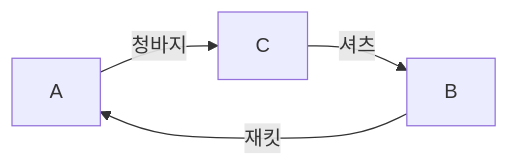
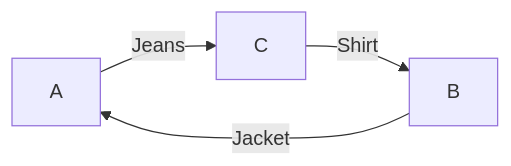
Before and after one commit to joypeb/VintageRelay: the diagram in docs/domain/idea.md, drawn with Mermaid. The commit also changed other lines of this file and 34 other files, not shown here.

````diff
--- a/docs/domain/idea.md
+++ b/docs/domain/idea.md
@@ -28,6 +28,6 @@
 ```mermaid
 flowchart LR
-  A["A"] -->|"청바지"| C["C"]
-  C -->|"셔츠"| B["B"]
-  B -->|"재킷"| A
+  A["A"] -->|"Jeans"| C["C"]
+  C -->|"Shirt"| B["B"]
+  B -->|"Jacket"| A
 ```
````
